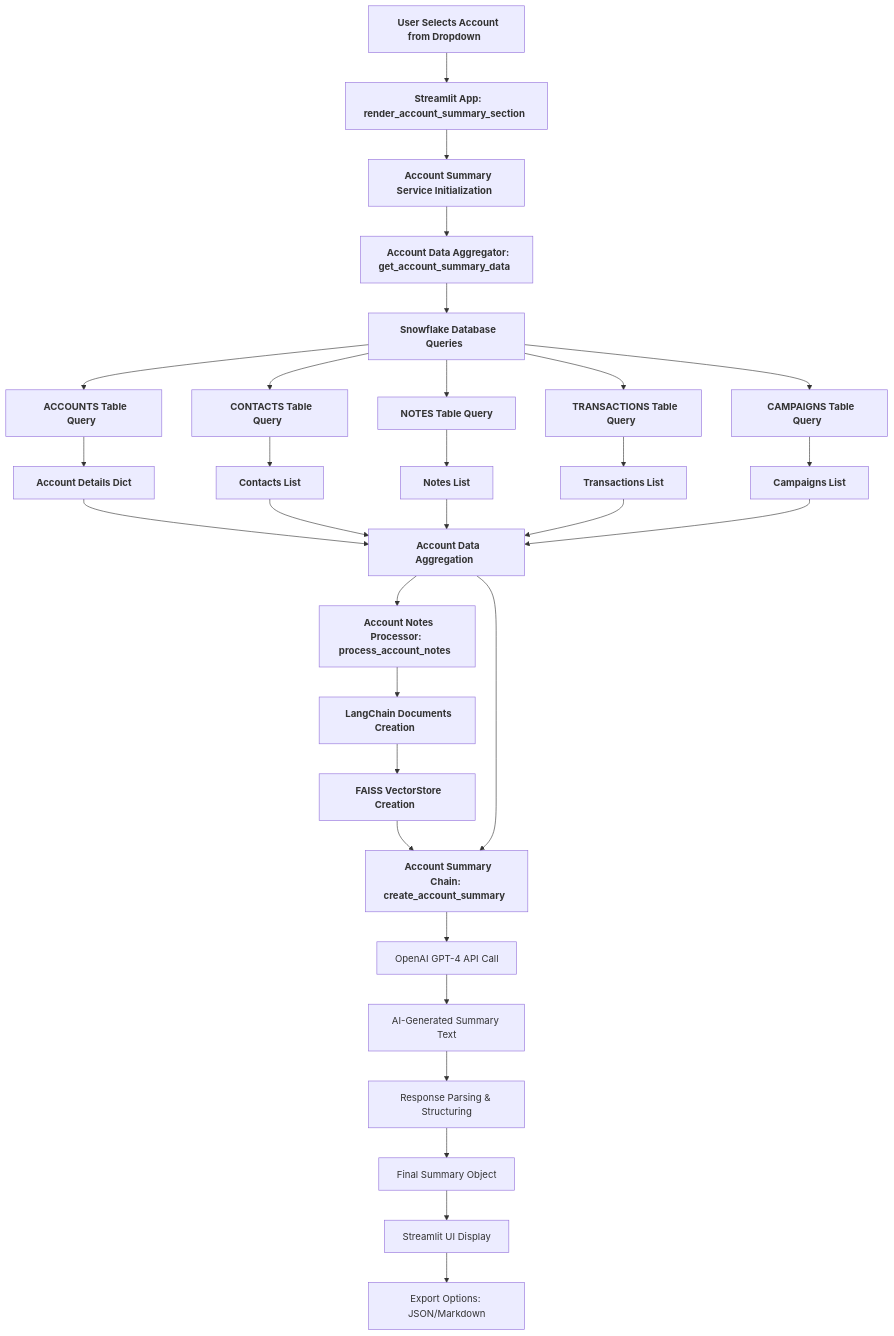
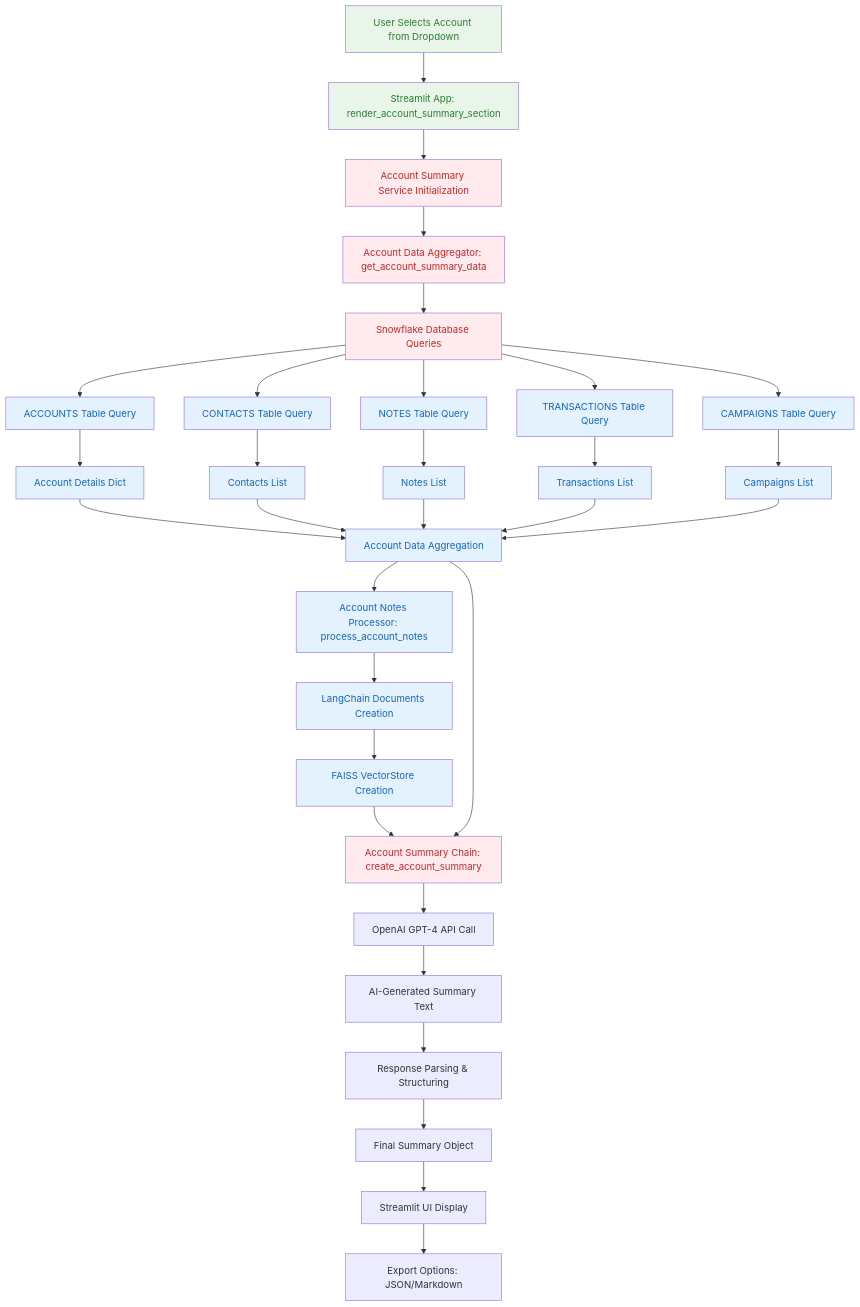
One commit to arupsarkar-sfdc/retail-execution changed the first of 3 diagrams in ACCOUNT_SUMMARY_IMPLEMENTATION.md. Above: the diagram before and after it, drawn with Mermaid. The commit also changed 3 other files, not shown here.

````diff
--- a/ACCOUNT_SUMMARY_IMPLEMENTATION.md
+++ b/ACCOUNT_SUMMARY_IMPLEMENTATION.md
@@ -140,40 +140,61 @@
 ```mermaid
 graph TD
-    A["<span style='background-color: #e8f5e8; border: 2px solid #4caf50; padding: 4px 8px; border-radius: 4px; color: #2e7d32; font-weight: bold;'>User Selects Account from Dropdown</span>"] --> B["<span style='background-color: #e8f5e8; border: 2px solid #4caf50; padding: 4px 8px; border-radius: 4px; color: #2e7d32; font-weight: bold;'>Streamlit App: render_account_summary_section</span>"]
-    B --> C["<span style='background-color: #ffebee; border: 2px solid #f44336; padding: 4px 8px; border-radius: 4px; color: #c62828; font-weight: bold;'>Account Summary Service Initialization</span>"]
-    C --> D["<span style='background-color: #ffebee; border: 2px solid #f44336; padding: 4px 8px; border-radius: 4px; color: #c62828; font-weight: bold;'>Account Data Aggregator: get_account_summary_data</span>"]
-    D --> E["<span style='background-color: #ffebee; border: 2px solid #f44336; padding: 4px 8px; border-radius: 4px; color: #c62828; font-weight: bold;'>Snowflake Database Queries</span>"]
+    A["User Selects Account from Dropdown"] --> B["Streamlit App: render_account_summary_section"]
+    B --> C["Account Summary Service Initialization"]
+    C --> D["Account Data Aggregator: get_account_summary_data"]
+    D --> E["Snowflake Database Queries"]
     
-    E --> F["<span style='background-color: #e3f2fd; border: 2px solid #2196f3; padding: 4px 8px; border-radius: 4px; color: #1565c0; font-weight: bold;'>ACCOUNTS Table Query</span>"]
-    E --> G["<span style='background-color: #e3f2fd; border: 2px solid #2196f3; padding: 4px 8px; border-radius: 4px; color: #1565c0; font-weight: bold;'>CONTACTS Table Query</span>"]
-    E --> H["<span style='background-color: #e3f2fd; border: 2px solid #2196f3; padding: 4px 8px; border-radius: 4px; color: #1565c0; font-weight: bold;'>NOTES Table Query</span>"]
-    E --> I["<span style='background-color: #e3f2fd; border: 2px solid #2196f3; padding: 4px 8px; border-radius: 4px; color: #1565c0; font-weight: bold;'>TRANSACTIONS Table Query</span>"]
-    E --> J["<span style='background-color: #e3f2fd; border: 2px solid #2196f3; padding: 4px 8px; border-radius: 4px; color: #1565c0; font-weight: bold;'>CAMPAIGNS Table Query</span>"]
+    E --> F["ACCOUNTS Table Query"]
+    E --> G["CONTACTS Table Query"]
+    E --> H["NOTES Table Query"]
+    E --> I["TRANSACTIONS Table Query"]
+    E --> J["CAMPAIGNS Table Query"]
     
-    F --> K["<span style='background-color: #e3f2fd; border: 2px solid #2196f3; padding: 4px 8px; border-radius: 4px; color: #1565c0; font-weight: bold;'>Account Details Dict</span>"]
-    G --> L["<span style='background-color: #e3f2fd; border: 2px solid #2196f3; padding: 4px 8px; border-radius: 4px; color: #1565c0; font-weight: bold;'>Contacts List</span>"]
-    H --> M["<span style='background-color: #e3f2fd; border: 2px solid #2196f3; padding: 4px 8px; border-radius: 4px; color: #1565c0; font-weight: bold;'>Notes List</span>"]
-    I --> N["<span style='background-color: #e3f2fd; border: 2px solid #2196f3; padding: 4px 8px; border-radius: 4px; color: #1565c0; font-weight: bold;'>Transactions List</span>"]
-    J --> O["<span style='background-color: #e3f2fd; border: 2px solid #2196f3; padding: 4px 8px; border-radius: 4px; color: #1565c0; font-weight: bold;'>Campaigns List</span>"]
+    F --> K["Account Details Dict"]
+    G --> L["Contacts List"]
+    H --> M["Notes List"]
+    I --> N["Transactions List"]
+    J --> O["Campaigns List"]
     
-    K --> P["<span style='background-color: #e3f2fd; border: 2px solid #2196f3; padding: 4px 8px; border-radius: 4px; color: #1565c0; font-weight: bold;'>Account Data Aggregation</span>"]
+    K --> P["Account Data Aggregation"]
     L --> P
     M --> P
     N --> P
     O --> P
     
-    P --> Q["<span style='background-color: #e3f2fd; border: 2px solid #2196f3; padding: 4px 8px; border-radius: 4px; color: #1565c0; font-weight: bold;'>Account Notes Processor: process_account_notes</span>"]
-    Q --> R["<span style='background-color: #e3f2fd; border: 2px solid #2196f3; padding: 4px 8px; border-radius: 4px; color: #1565c0; font-weight: bold;'>LangChain Documents Creation</span>"]
-    R --> S["<span style='background-color: #e3f2fd; border: 2px solid #2196f3; padding: 4px 8px; border-radius: 4px; color: #1565c0; font-weight: bold;'>FAISS VectorStore Creation</span>"]
+    P --> Q["Account Notes Processor: process_account_notes"]
+    Q --> R["LangChain Documents Creation"]
+    R --> S["FAISS VectorStore Creation"]
     
-    S --> T["<span style='background-color: #ffebee; border: 2px solid #f44336; padding: 4px 8px; border-radius: 4px; color: #c62828; font-weight: bold;'>Account Summary Chain: create_account_summary</span>"]
+    S --> T["Account Summary Chain: create_account_summary"]
+
+    style A fill:#e8f5e8,color:#2e7d32
+    style B fill:#e8f5e8,color:#2e7d32
+    style C fill:#ffebee,color:#c62828
+    style D fill:#ffebee,color:#c62828
+    style E fill:#ffebee,color:#c62828
+    style F fill:#e3f2fd,color:#1565c0
+    style G fill:#e3f2fd,color:#1565c0
+    style H fill:#e3f2fd,color:#1565c0
+    style I fill:#e3f2fd,color:#1565c0
+    style J fill:#e3f2fd,color:#1565c0
+    style K fill:#e3f2fd,color:#1565c0
+    style L fill:#e3f2fd,color:#1565c0
+    style M fill:#e3f2fd,color:#1565c0
+    style N fill:#e3f2fd,color:#1565c0
+    style O fill:#e3f2fd,color:#1565c0
+    style P fill:#e3f2fd,color:#1565c0
+    style Q fill:#e3f2fd,color:#1565c0
+    style R fill:#e3f2fd,color:#1565c0
+    style S fill:#e3f2fd,color:#1565c0
+    style T fill:#ffebee,color:#c62828
     P --> T
     T --> U[OpenAI GPT-4 API Call]
     U --> V[AI-Generated Summary Text]
     
     V --> W[Response Parsing & Structuring]
     W --> X[Final Summary Object]
     X --> Y[Streamlit UI Display]
     
     Y --> Z[Export Options: JSON/Markdown]
 ```
````
